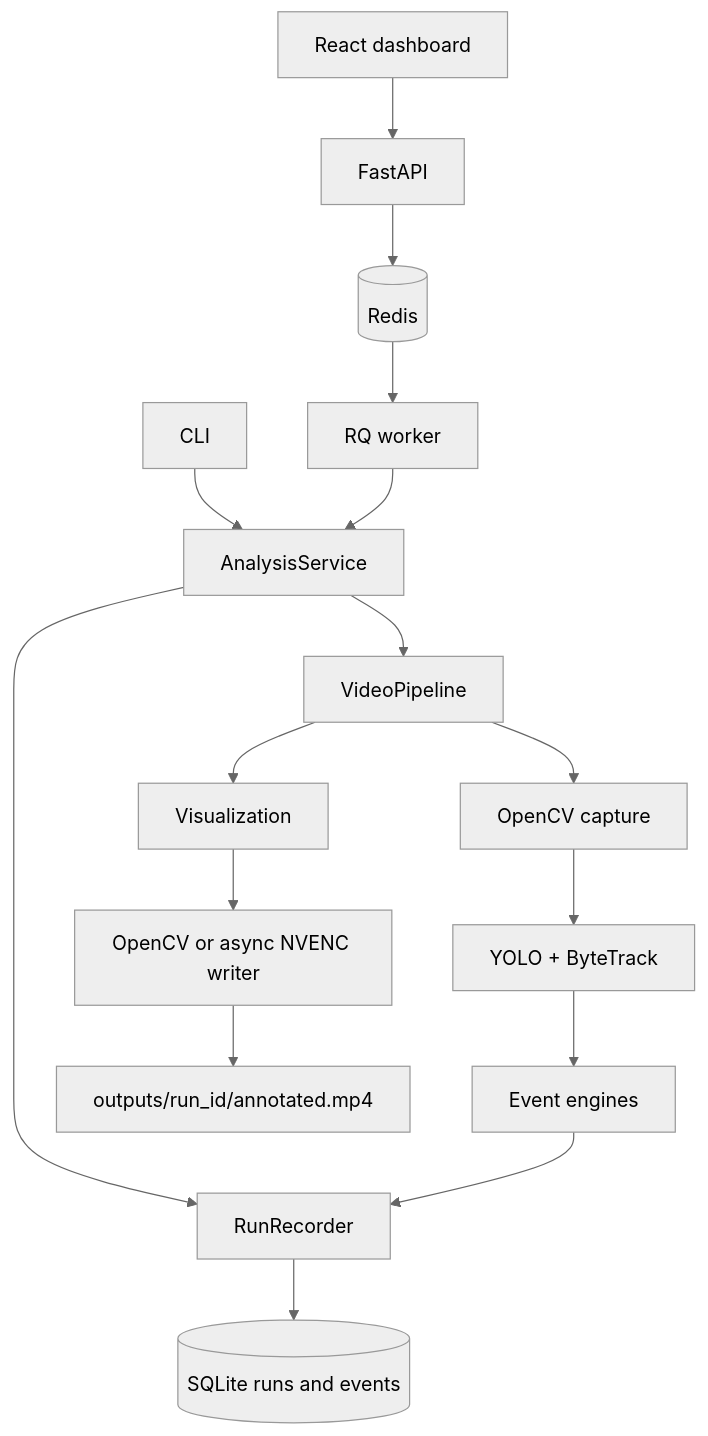
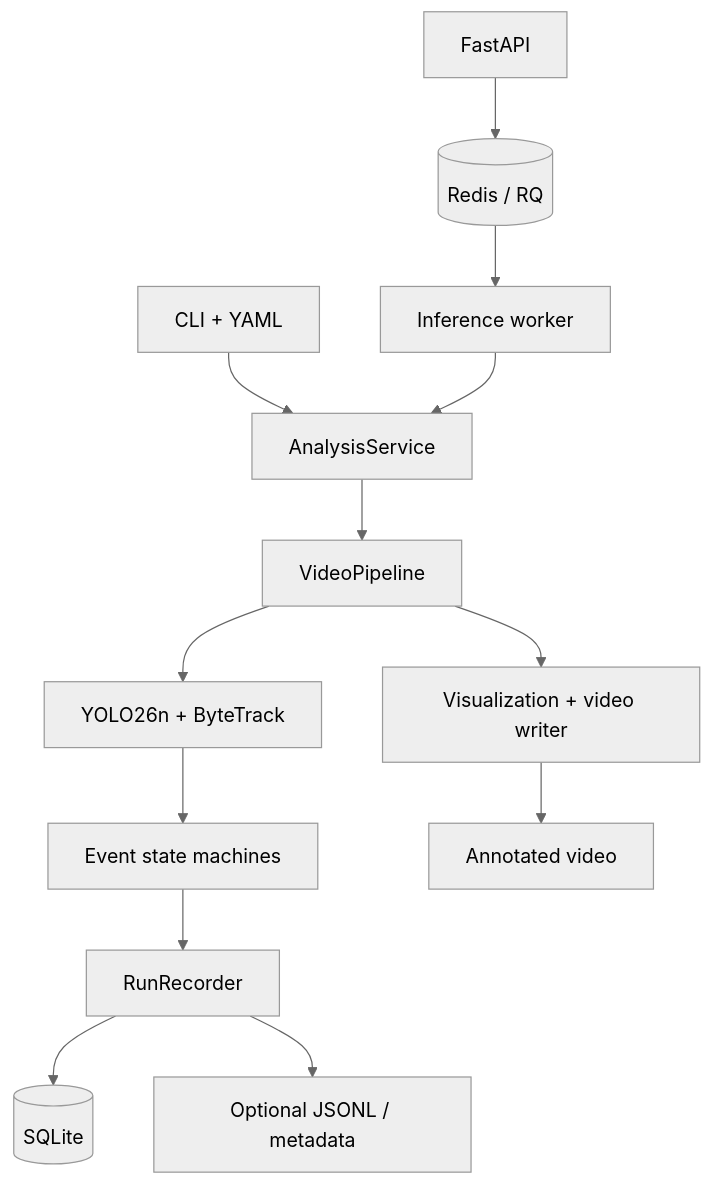
The diagram in docs/architecture.md (vkhanh2802/visionguard), drawn with Mermaid (neutral theme) before and after one commit. The commit also changed other lines of this file and 13 other files, not shown here.

````diff
--- a/docs/architecture.md
+++ b/docs/architecture.md
@@ -8,18 +8,15 @@
 ```mermaid
 flowchart TD
-    CLI[CLI] --> S[AnalysisService]
-    UI[React dashboard] --> API[FastAPI]
-    API --> Q[(Redis)]
-    Q --> W[RQ worker]
+    CLI[CLI + YAML] --> S[AnalysisService]
+    API[FastAPI] --> Q[(Redis / RQ)]
+    Q --> W[Inference worker]
     W --> S
-    S --> R[RunRecorder]
-    R --> DB[(SQLite runs and events)]
     S --> P[VideoPipeline]
-    P --> C[OpenCV capture]
-    C --> T[YOLO + ByteTrack]
-    T --> E[Event engines]
-    E --> R
-    P --> V[Visualization]
-    V --> O[OpenCV or async NVENC writer]
-    O --> A[outputs/run_id/annotated.mp4]
+    P --> T[YOLO26n + ByteTrack]
+    T --> E[Event state machines]
+    E --> R[RunRecorder]
+    R --> DB[(SQLite)]
+    R --> J[Optional JSONL / metadata]
+    P --> V[Visualization + video writer]
+    V --> O[Annotated video]
 ```
````
